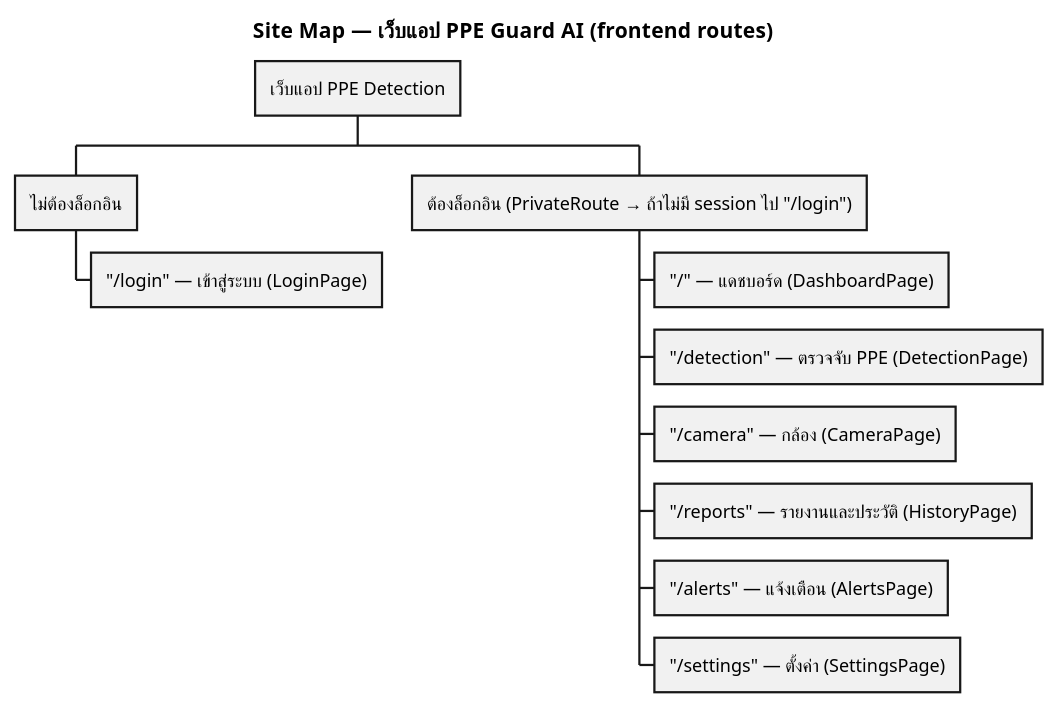
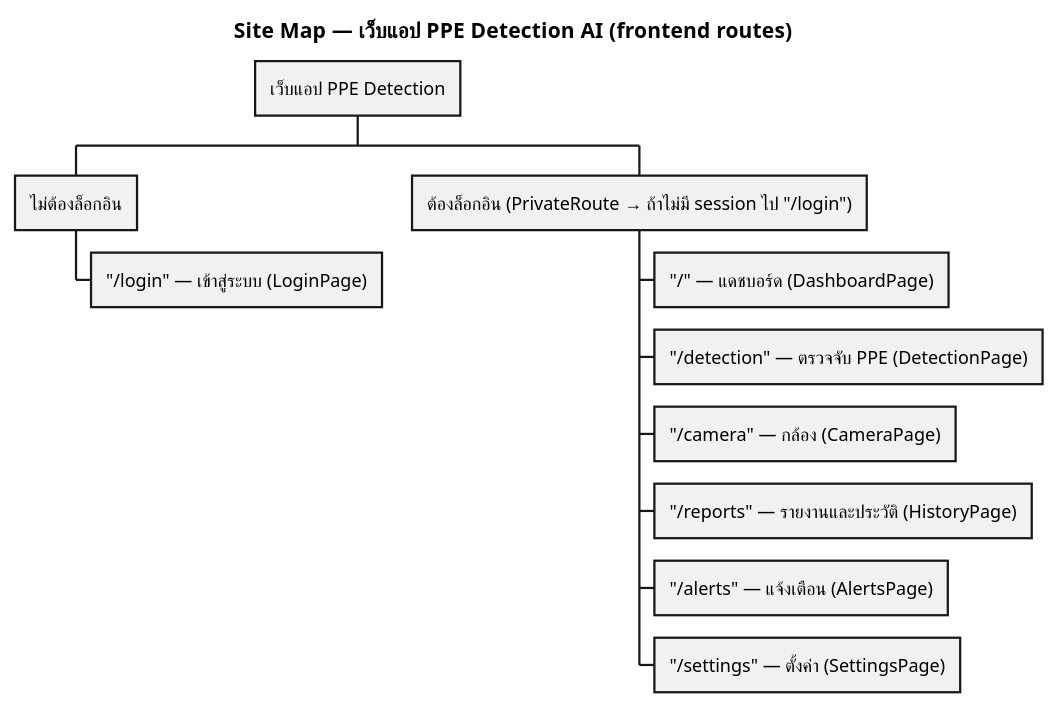
The diagram in docs/sitemap.puml (nicky-wrc/ppe-detection-system), drawn with PlantUML before and after one commit. The commit also changed 10 other files, not shown here.

```diff
--- a/docs/sitemap.puml
+++ b/docs/sitemap.puml
@@ -1,17 +1,17 @@
 @startwbs
 skinparam shadowing false
 
-title Site Map — เว็บแอป PPE Guard AI (frontend routes)
+title Site Map — เว็บแอป PPE Detection AI (frontend routes)
 
 * เว็บแอป PPE Detection
 ** ไม่ต้องล็อกอิน
 *** "/login" — เข้าสู่ระบบ (LoginPage)
 ** ต้องล็อกอิน (PrivateRoute → ถ้าไม่มี session ไป "/login")
 *** "/" — แดชบอร์ด (DashboardPage)
 *** "/detection" — ตรวจจับ PPE (DetectionPage)
 *** "/camera" — กล้อง (CameraPage)
 *** "/reports" — รายงานและประวัติ (HistoryPage)
 *** "/alerts" — แจ้งเตือน (AlertsPage)
 *** "/settings" — ตั้งค่า (SettingsPage)
 
 @endwbs
```
